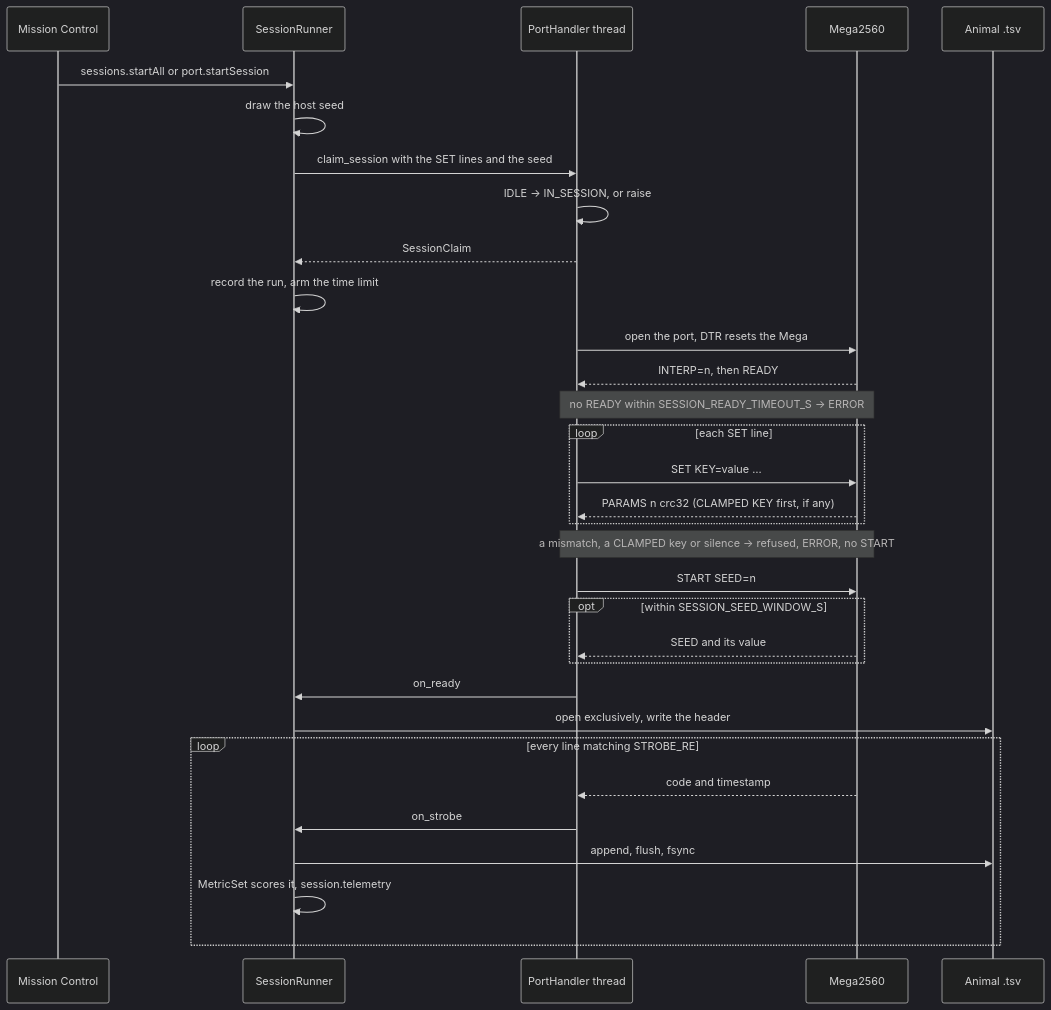
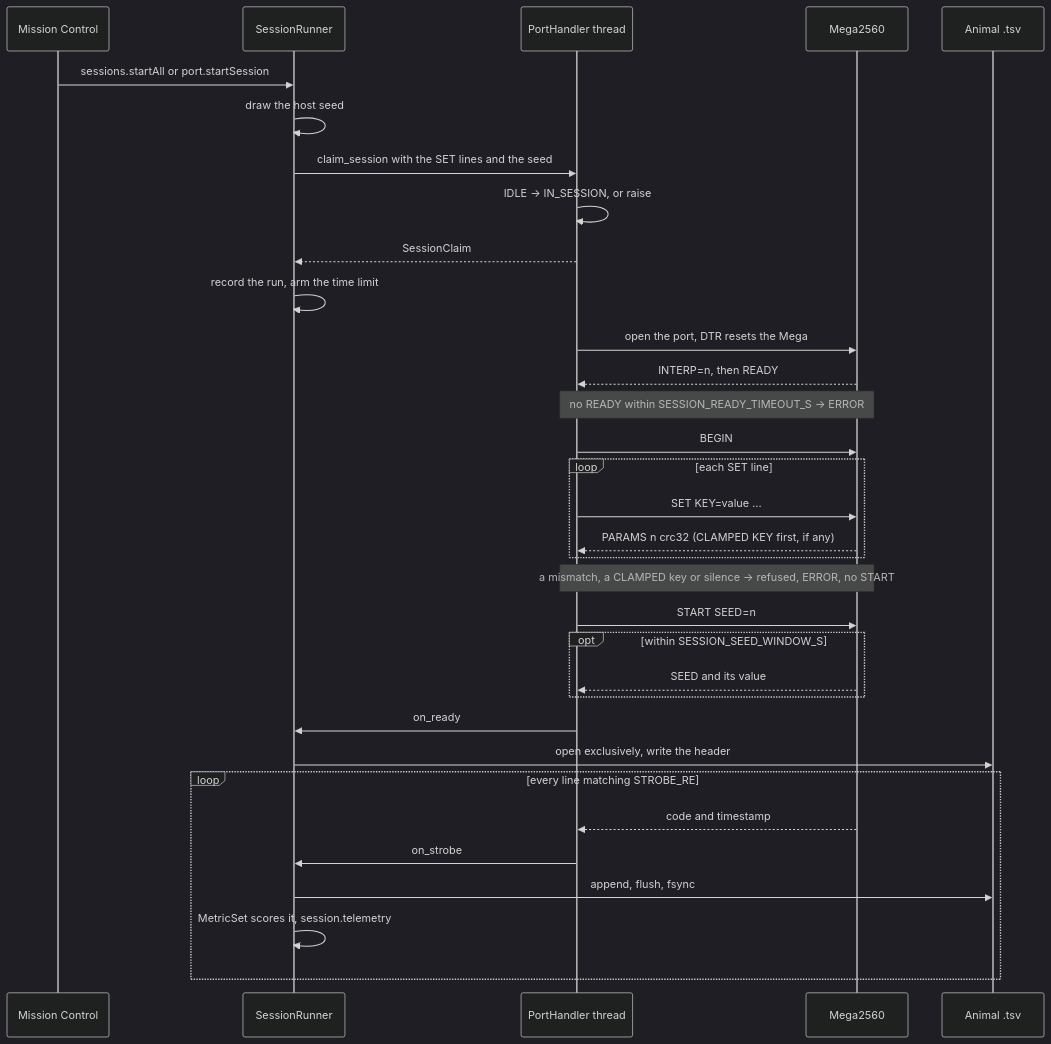
Before and after one commit to Chase-NJ/Ephymeris: the seventh of 9 diagrams in docs/ARCHITECTURE.md, drawn with Mermaid (dark theme). The commit also changed other lines of this file and 23 other files, not shown here.

````diff
--- a/docs/ARCHITECTURE.md
+++ b/docs/ARCHITECTURE.md
@@ -1177,34 +1177,35 @@
 ```mermaid
 sequenceDiagram
     participant UI as Mission Control
     participant Runner as SessionRunner
     participant Port as PortHandler thread
     participant Board as Mega2560
     participant File as Animal .tsv
     UI->>Runner: sessions.startAll or port.startSession
     Runner->>Runner: draw the host seed
     Runner->>Port: claim_session with the SET lines and the seed
     Port->>Port: IDLE → IN_SESSION, or raise
     Port-->>Runner: SessionClaim
     Runner->>Runner: record the run, arm the time limit
     Port->>Board: open the port, DTR resets the Mega
     Board-->>Port: INTERP=n, then READY
     Note over Port,Board: no READY within SESSION_READY_TIMEOUT_S → ERROR
+    Port->>Board: BEGIN
     loop each SET line
         Port->>Board: SET KEY=value …
         Board-->>Port: PARAMS n crc32 (CLAMPED KEY first, if any)
     end
     Note over Port,Board: a mismatch, a CLAMPED key or silence → refused, ERROR, no START
     Port->>Board: START SEED=n
     opt within SESSION_SEED_WINDOW_S
         Board-->>Port: SEED and its value
     end
     Port->>Runner: on_ready
     Runner->>File: open exclusively, write the header
     loop every line matching STROBE_RE
         Board-->>Port: code and timestamp
         Port->>Runner: on_strobe
         Runner->>File: append, flush, fsync
         Runner->>Runner: MetricSet scores it, session.telemetry
     end
 ```
````
